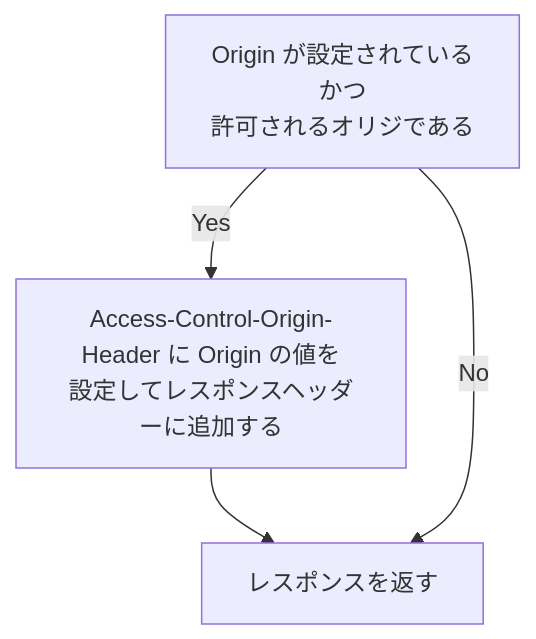
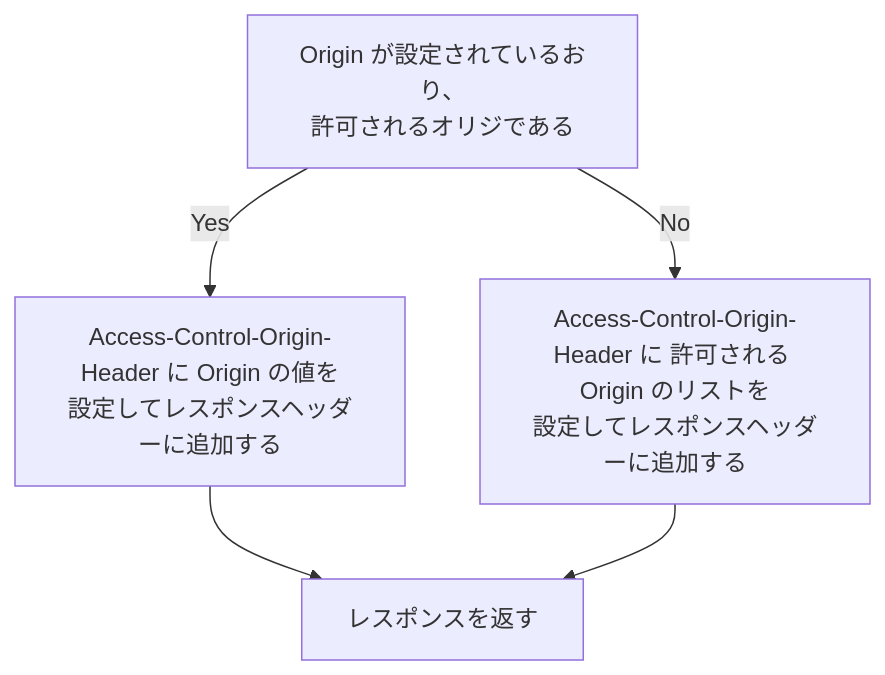
One commit to zeek0x/cors-handson changed the second of 2 diagrams in README.md. Above: the diagram before and after it, drawn with Mermaid. The commit also changed other lines of this file, not shown here.

Commit message:
Improve 3 sec

````diff
--- a/README.md
+++ b/README.md
@@ -146,8 +148,11 @@
 ```mermaid
 flowchart
 
-B["Origin が設定されている\nかつ\n許可されるオリジである"]
-B -- Yes --> C[Access-Control-Origin-Header に Origin の値を\n設定してレスポンスヘッダーに追加する]
-C --> D[レスポンスを返す]
-B -- No --> D
+A["Origin が設定されているおり、\n許可されるオリジである"]
+B[Access-Control-Origin-Header に Origin の値を\n設定してレスポンスヘッダーに追加する]
+C[Access-Control-Origin-Header に 許可される Origin のリストを\n設定してレスポンスヘッダーに追加する]
+D[レスポンスを返す]
+
+A -- Yes --> B --> D
+A -- No --> C --> D
 ```
````
